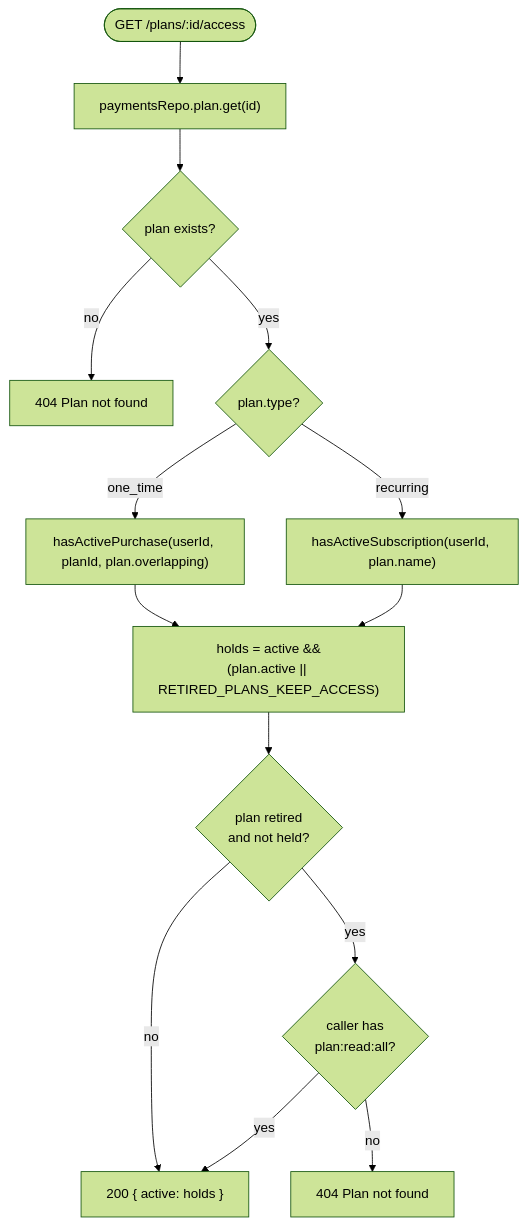
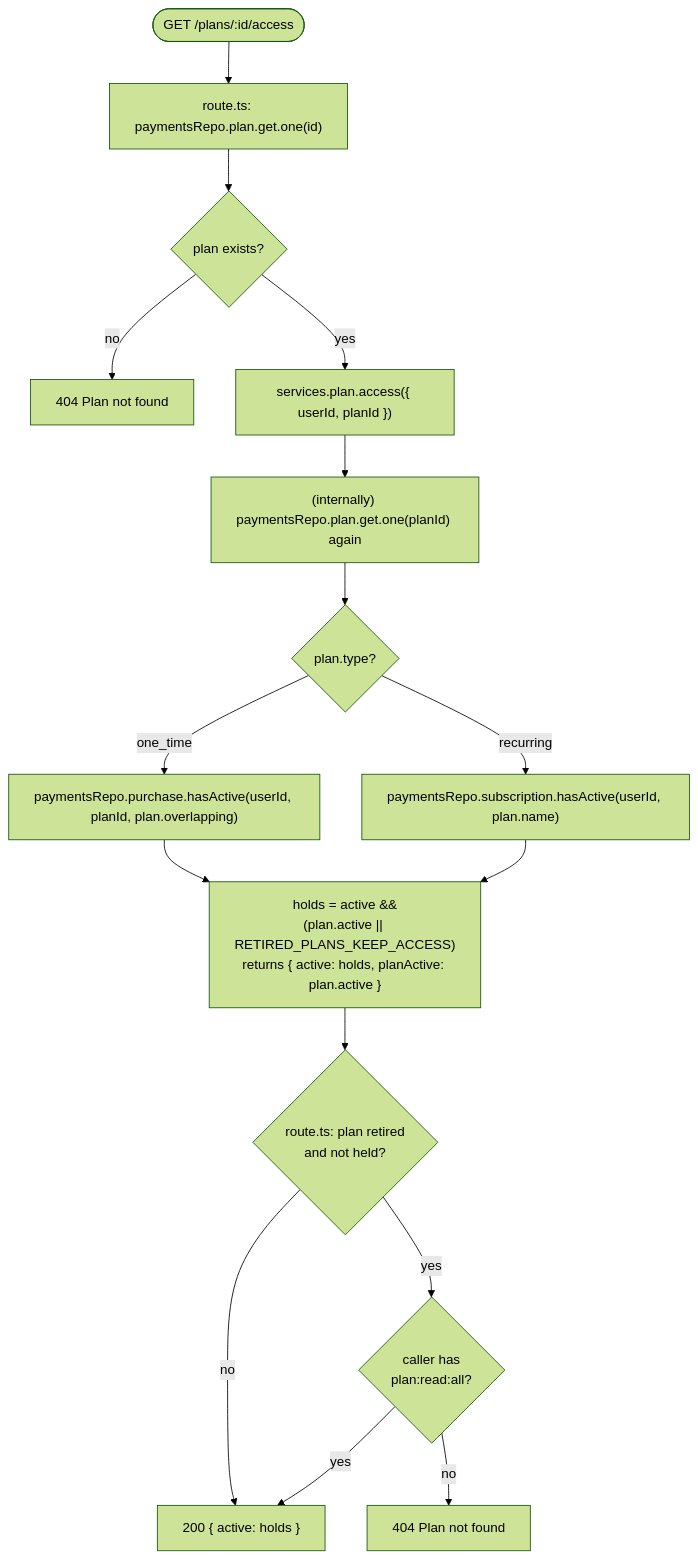
One commit to FranciscoAVD/backend changed the seventh of 9 diagrams in src/features/payments/CONTROL_FLOW.md. Above: the diagram before and after it, drawn with Mermaid (forest theme). The commit also changed other lines of this file and 39 other files, not shown here.

First line of the commit message:
payments: split paymentsRepo into DB-only repo + paymentsServices for flows

````diff
--- a/src/features/payments/CONTROL_FLOW.md
+++ b/src/features/payments/CONTROL_FLOW.md
@@ -553,16 +578,18 @@
 ```mermaid
 flowchart TD
-    Start(["GET /plans/:id/access"]) --> LookupPlan["paymentsRepo.plan.get(id)"]
+    Start(["GET /plans/:id/access"]) --> LookupPlan["route.ts: paymentsRepo.plan.get.one(id)"]
     LookupPlan --> PlanFound{"plan exists?"}
     PlanFound -- no --> NotFound["404 Plan not found"]
-    PlanFound -- yes --> Type{"plan.type?"}
-    Type -- one_time --> HasActivePurchase["hasActivePurchase(userId, planId, plan.overlapping)"]
-    Type -- recurring --> HasActiveSubscription["hasActiveSubscription(userId, plan.name)"]
-    HasActivePurchase --> Holds["holds = active &&\n(plan.active || RETIRED_PLANS_KEEP_ACCESS)"]
+    PlanFound -- yes --> CallAccess["services.plan.access({ userId, planId })"]
+    CallAccess --> Fetch2["(internally) paymentsRepo.plan.get.one(planId) again"]
+    Fetch2 --> Type{"plan.type?"}
+    Type -- one_time --> HasActivePurchase["paymentsRepo.purchase.hasActive(userId, planId, plan.overlapping)"]
+    Type -- recurring --> HasActiveSubscription["paymentsRepo.subscription.hasActive(userId, plan.name)"]
+    HasActivePurchase --> Holds["holds = active &&\n(plan.active || RETIRED_PLANS_KEEP_ACCESS)\nreturns { active: holds, planActive: plan.active }"]
     HasActiveSubscription --> Holds
-    Holds --> Hidden{"plan retired\nand not held?"}
+    Holds --> Hidden{"route.ts: plan retired\nand not held?"}
     Hidden -- no --> Return["200 { active: holds }"]
     Hidden -- yes --> Admin{"caller has\nplan:read:all?"}
     Admin -- yes --> Return
     Admin -- no --> NotFound2["404 Plan not found"]
 ```
````
